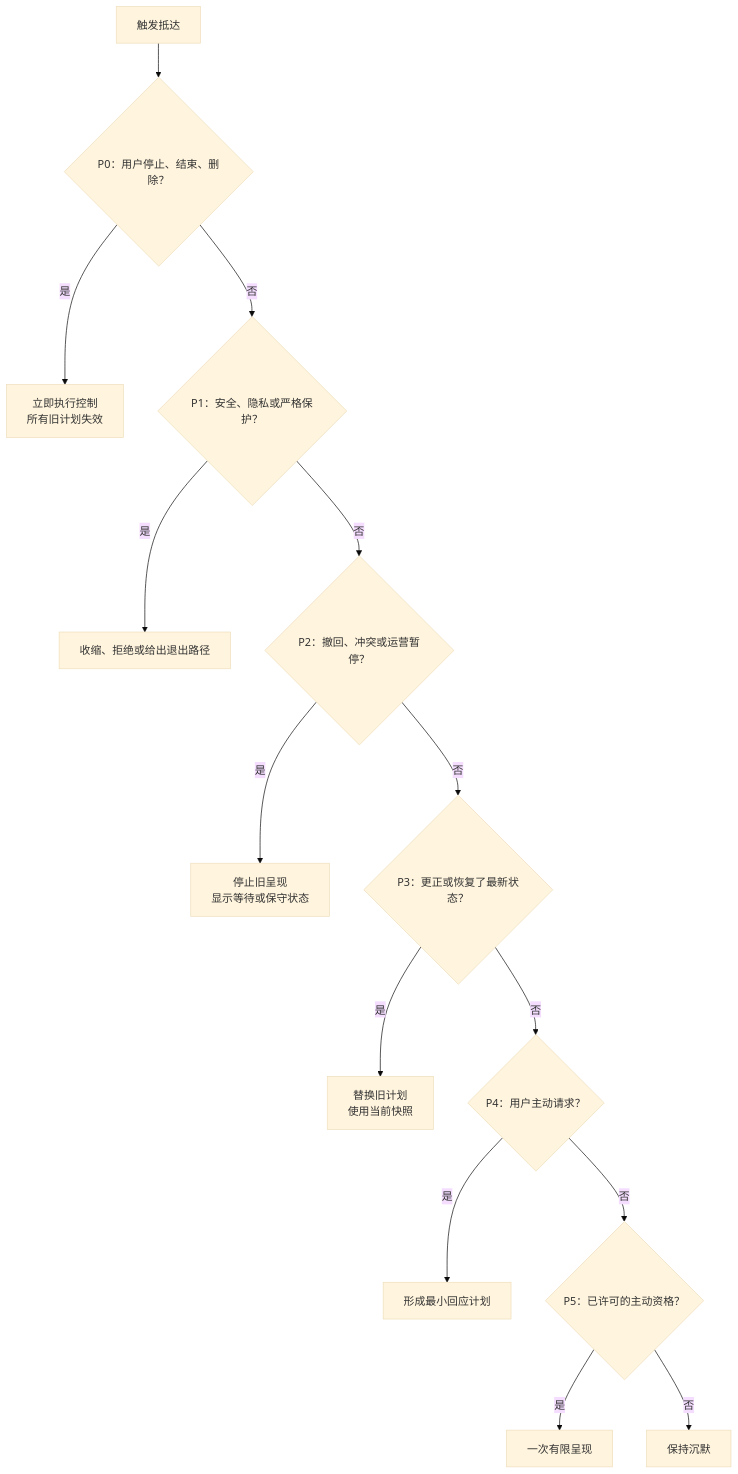
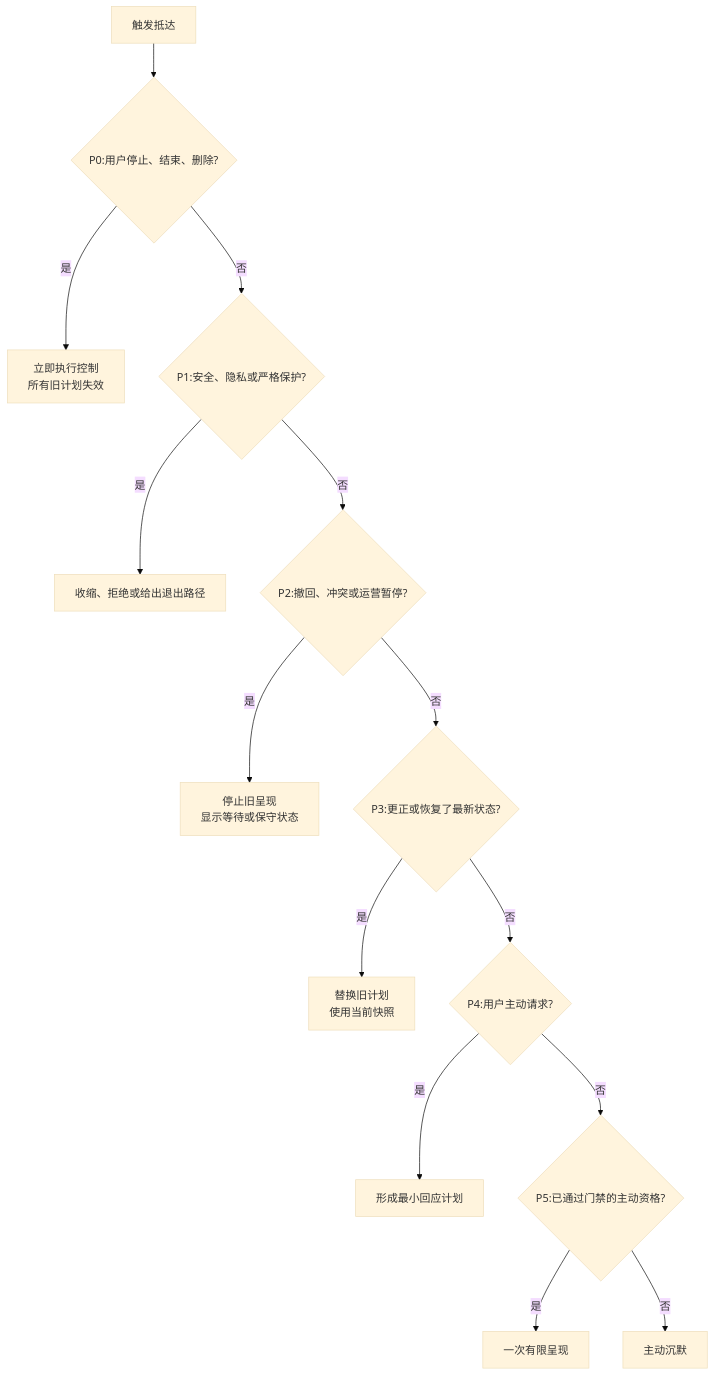
One commit to weiz98417-crypto/qiuqiu changed the third of 8 diagrams in docs/球球全套资料/4.产品设计/33A-数字球友Agent运行时与决策编排设计.md. Above: the diagram before and after it, drawn with Mermaid (base theme). The commit also changed other lines of this file and 49 other files, not shown here.

```diff
--- a/docs/球球全套资料/4.产品设计/33A-数字球友Agent运行时与决策编排设计.md
+++ b/docs/球球全套资料/4.产品设计/33A-数字球友Agent运行时与决策编排设计.md
@@ -259,16 +290,16 @@
 ~~~mermaid
 flowchart TD
-    T["触发抵达"] --> P0{"P0：用户停止、结束、删除？"}
+    T["触发抵达"] --> P0{"P0:用户停止、结束、删除?"}
     P0 -->|"是"| C0["立即执行控制<br/>所有旧计划失效"]
-    P0 -->|"否"| P1{"P1：安全、隐私或严格保护？"}
+    P0 -->|"否"| P1{"P1:安全、隐私或严格保护?"}
     P1 -->|"是"| C1["收缩、拒绝或给出退出路径"]
-    P1 -->|"否"| P2{"P2：撤回、冲突或运营暂停？"}
+    P1 -->|"否"| P2{"P2:撤回、冲突或运营暂停?"}
     P2 -->|"是"| C2["停止旧呈现<br/>显示等待或保守状态"]
-    P2 -->|"否"| P3{"P3：更正或恢复了最新状态？"}
+    P2 -->|"否"| P3{"P3:更正或恢复了最新状态?"}
     P3 -->|"是"| C3["替换旧计划<br/>使用当前快照"]
-    P3 -->|"否"| P4{"P4：用户主动请求？"}
+    P3 -->|"否"| P4{"P4:用户主动请求?"}
     P4 -->|"是"| C4["形成最小回应计划"]
-    P4 -->|"否"| P5{"P5：已许可的主动资格？"}
+    P4 -->|"否"| P5{"P5:已通过门禁的主动资格?"}
     P5 -->|"是"| C5["一次有限呈现"]
-    P5 -->|"否"| N["保持沉默"]
+    P5 -->|"否"| N["主动沉默"]
 ~~~
```
